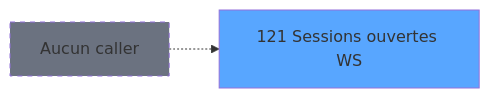
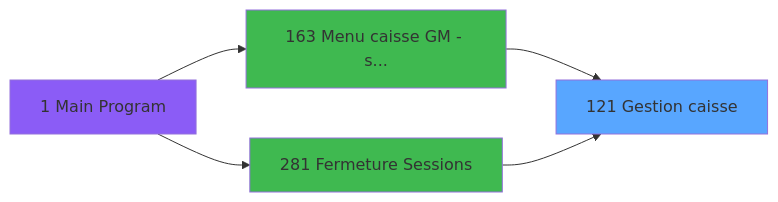
The third of 4 diagrams in .openspec/specs/ADH-IDE-121.md (thonyAGP/lecteur-magic), drawn with Mermaid before and after one commit. The commit also changed other lines of this file and 33 other files, not shown here.

````diff
--- a/.openspec/specs/ADH-IDE-121.md
+++ b/.openspec/specs/ADH-IDE-121.md
@@ -285,8 +1504,15 @@
 ```mermaid
 graph LR
-    T121[121 Sessions ouvertes WS]
+    T121[121 Gestion caisse]
     style T121 fill:#58a6ff
-    NONE[Aucun caller]
-    NONE -.-> T121
-    style NONE fill:#6b7280,stroke-dasharray: 5 5
+    CC1[1 Main Program]
+    style CC1 fill:#8b5cf6
+    CC163[163 Menu caisse GM - s...]
+    style CC163 fill:#3fb950
+    CC281[281 Fermeture Sessions]
+    style CC281 fill:#3fb950
+    CC1 --> CC163
+    CC1 --> CC281
+    CC163 --> T121
+    CC281 --> T121
 ```
````
